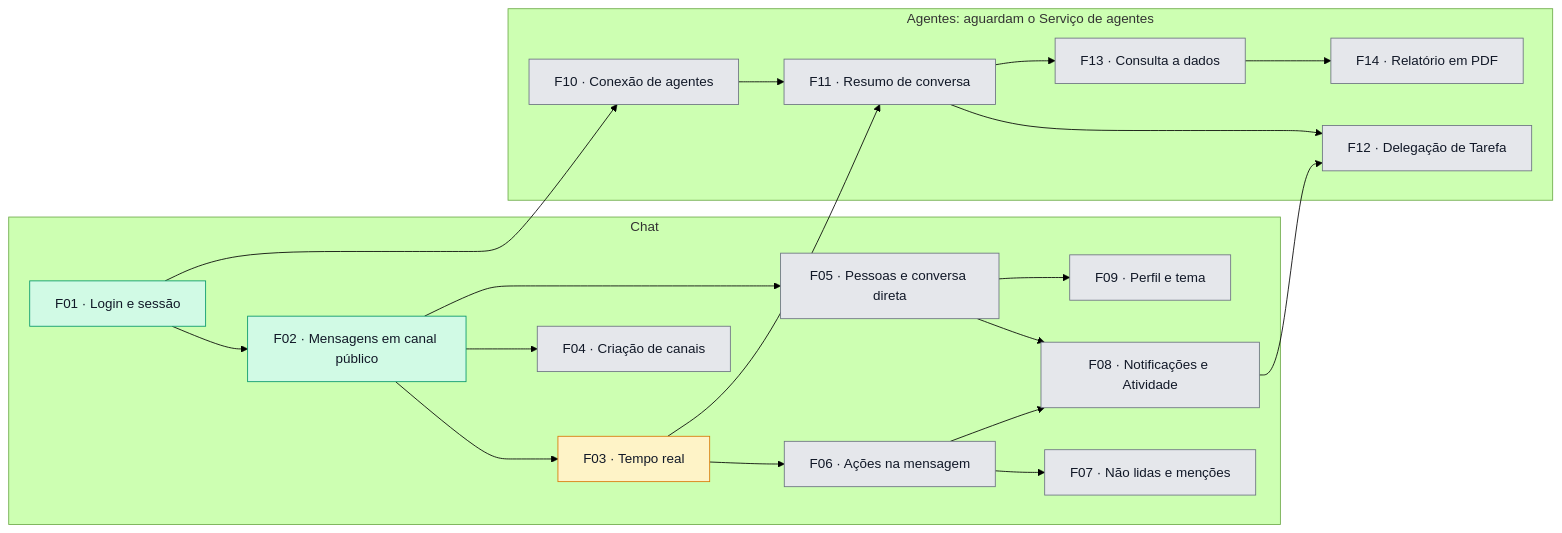
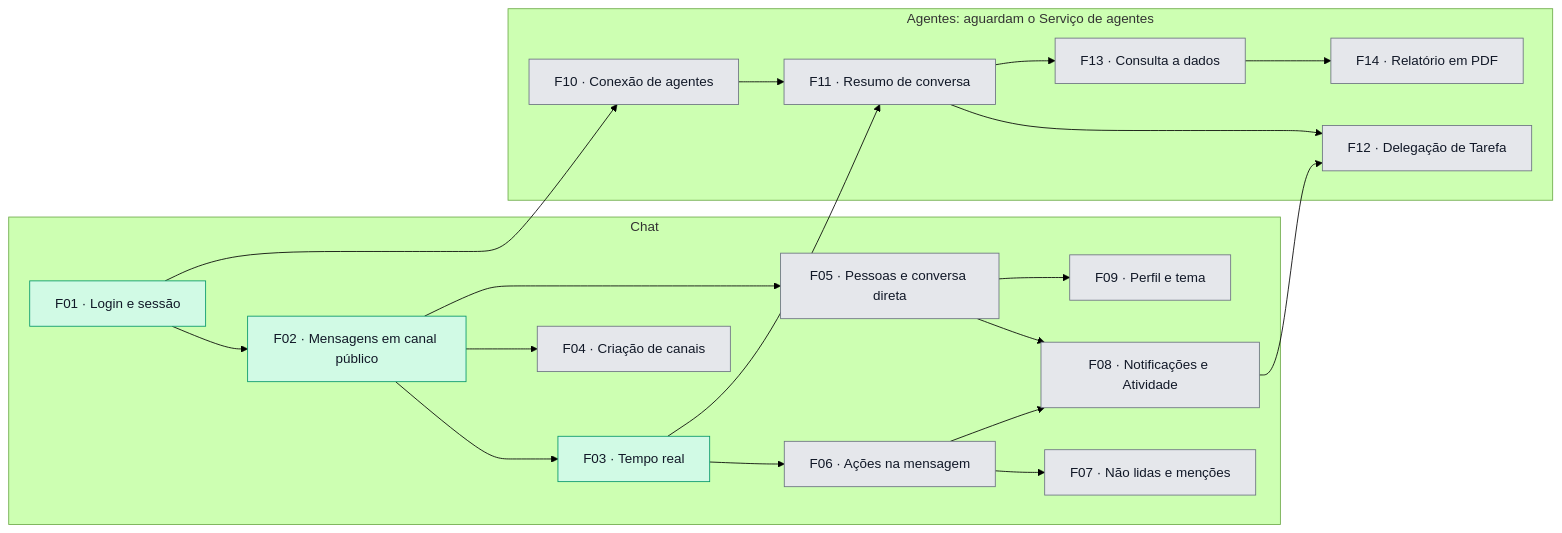
The diagram in docs/roadmap.md (1978bruno/fulldev_SKILL-Agentes-e-MCP-para-vibe-code), drawn with Mermaid (forest theme) before and after one commit. The commit also changed other lines of this file and 2 other files, not shown here.

Commit message:
docs: conclui a F03-T07 na tarefa e a F03 no roadmap; spec com o Redis travado e a gravação que falha

````diff
--- a/docs/roadmap.md
+++ b/docs/roadmap.md
@@ -48,49 +48,48 @@
 ```mermaid
 flowchart LR
   subgraph chat ["Chat"]
     F01["F01 · Login e sessão"]
     F02["F02 · Mensagens em canal público"]
     F03["F03 · Tempo real"]
     F04["F04 · Criação de canais"]
     F05["F05 · Pessoas e conversa direta"]
     F06["F06 · Ações na mensagem"]
     F07["F07 · Não lidas e menções"]
     F08["F08 · Notificações e Atividade"]
     F09["F09 · Perfil e tema"]
   end
 
   subgraph agentes ["Agentes: aguardam o Serviço de agentes"]
     F10["F10 · Conexão de agentes"]
     F11["F11 · Resumo de conversa"]
     F12["F12 · Delegação de Tarefa"]
     F13["F13 · Consulta a dados"]
     F14["F14 · Relatório em PDF"]
   end
 
   F01 --> F02
   F02 --> F03
   F02 --> F04
   F02 --> F05
   F03 --> F06
   F06 --> F07
   F05 --> F08
   F06 --> F08
   F05 --> F09
   F01 --> F10
   F03 --> F11
   F10 --> F11
   F08 --> F12
   F11 --> F12
   F11 --> F13
   F13 --> F14
 
   classDef planejada fill:#e5e7eb,stroke:#6b7280,color:#111827
   classDef prdPronto fill:#dbeafe,stroke:#3b82f6,color:#111827
   classDef specPronta fill:#bfdbfe,stroke:#1d4ed8,color:#111827
   classDef emAndamento fill:#fef3c7,stroke:#d97706,color:#111827
   classDef concluida fill:#d1fae5,stroke:#059669,color:#111827
 
-  class F01,F02 concluida
-  class F03 emAndamento
+  class F01,F02,F03 concluida
   class F04,F05,F06,F07,F08,F09,F10,F11,F12,F13,F14 planejada
 ```
````
